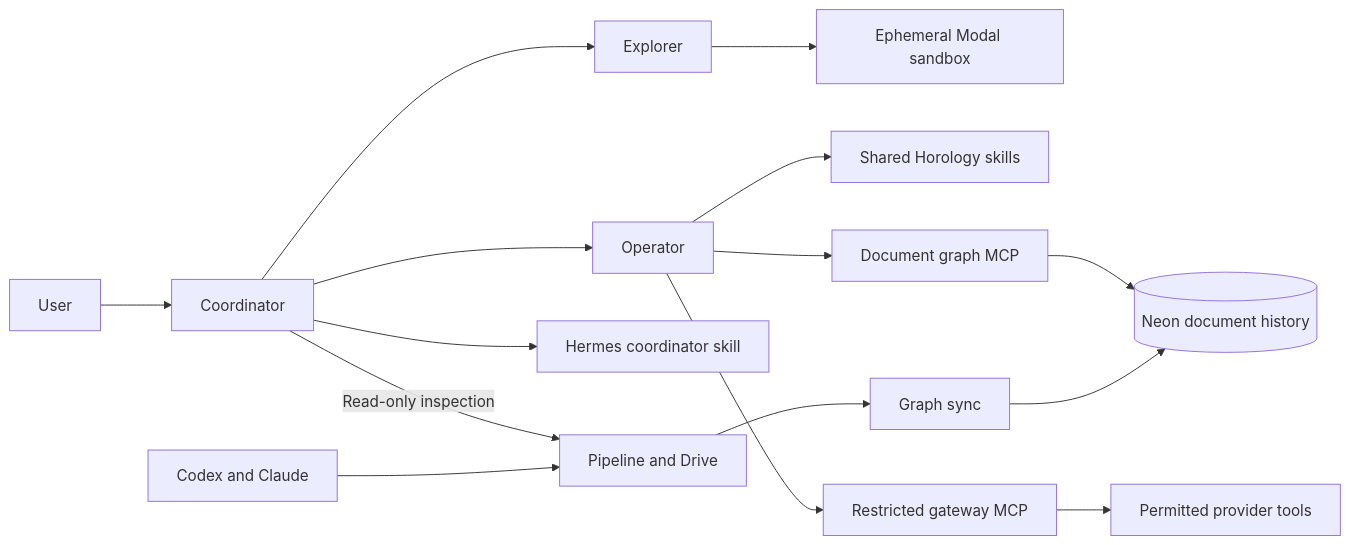
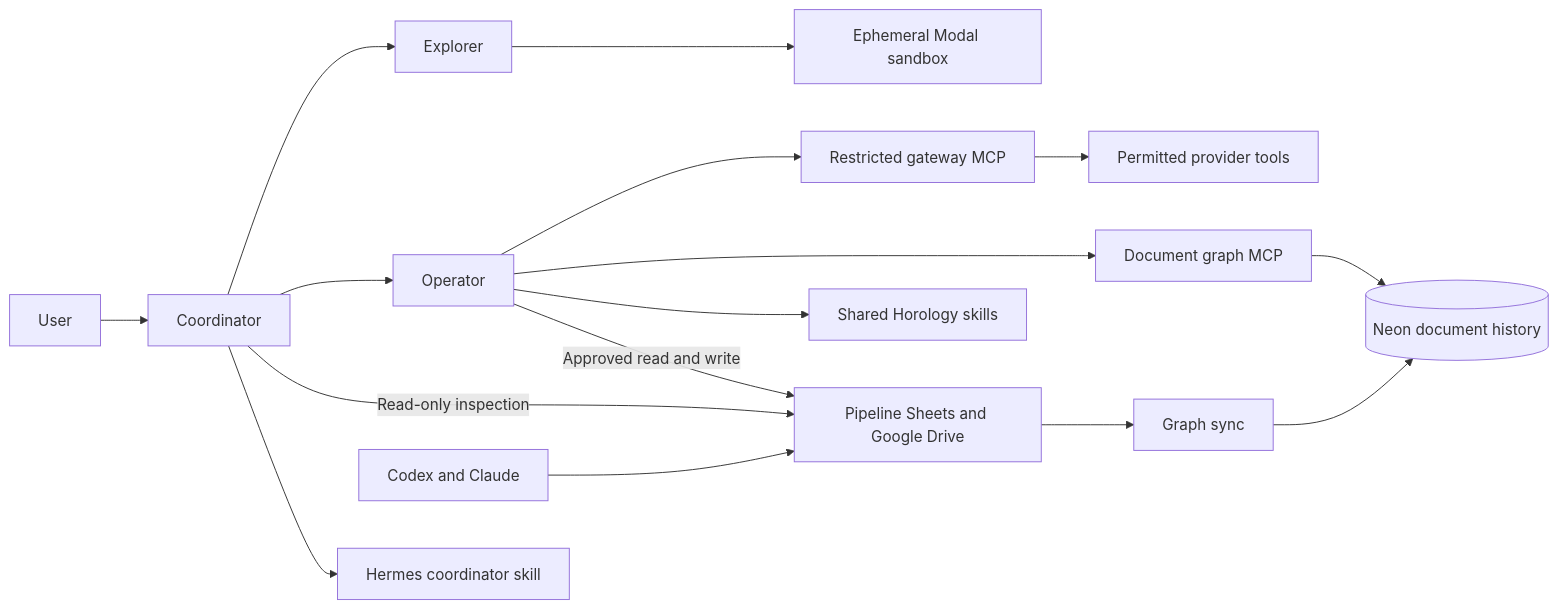
The diagram in docs/architecture/hermes/hermes-agents.md (Welladino/Horology), drawn with Mermaid before and after one commit. The commit also changed 2 other files, not shown here.

Commit message:
fix: complete local gateway dependencies

````diff
--- a/docs/architecture/hermes/hermes-agents.md
+++ b/docs/architecture/hermes/hermes-agents.md
@@ -5,31 +5,32 @@
 ```mermaid
 flowchart LR;
   user[User];
   coordinator[Coordinator];
   operator[Operator];
   explorer[Explorer];
   modal[Ephemeral Modal sandbox];
   coordinatorSkill[Hermes coordinator skill];
   skills[Shared Horology skills];
   docGraph[Document graph MCP];
   gateway[Restricted gateway MCP];
   neon[(Neon document history)];
   providers[Permitted provider tools];
   codex[Codex and Claude];
-  sheets[Pipeline and Drive];
+  sheets[Pipeline Sheets and Google Drive];
   sync[Graph sync];
   user --> coordinator;
   coordinator --> coordinatorSkill;
   coordinator -->|Read-only inspection| sheets;
   coordinator --> operator;
   coordinator --> explorer;
   explorer --> modal;
+  operator -->|Approved read and write| sheets;
   operator --> skills;
   operator --> docGraph;
   operator --> gateway;
   docGraph --> neon;
   gateway --> providers;
   codex --> sheets;
   sheets --> sync;
   sync --> neon;
 ```
````
